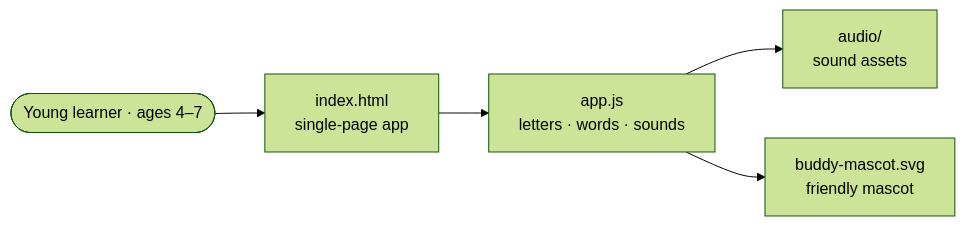
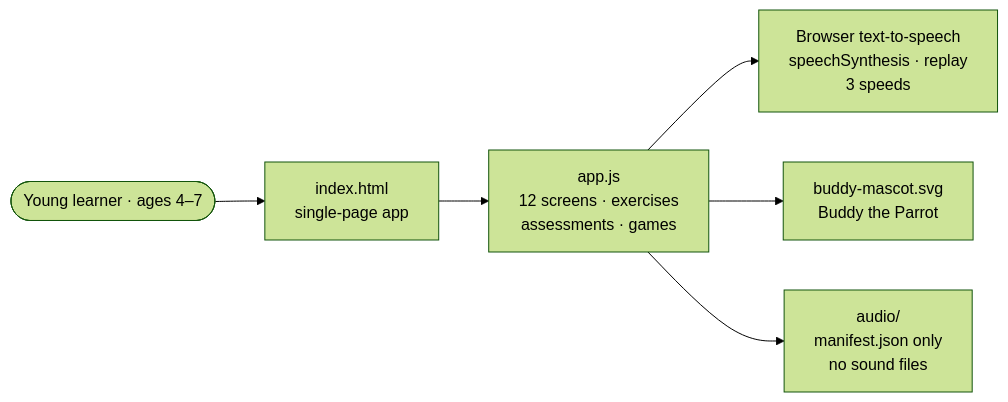
One commit to thiteswapnil1212-hue/English-learning-app changed the diagram in README.md. Above: the diagram before and after it, drawn with Mermaid (forest theme). The commit also changed other lines of this file, not shown here.

Commit message:
Docs: README with real lesson detail, TTS flow and honest limits

````diff
--- a/README.md
+++ b/README.md
@@ -21,7 +63,8 @@
 ```mermaid
 flowchart LR
     Kid([Young learner · ages 4–7]) --> App["index.html<br/>single-page app"]
-    App --> Logic["app.js<br/>letters · words · sounds"]
-    Logic --> Audio["audio/<br/>sound assets"]
-    Logic --> Mascot["buddy-mascot.svg<br/>friendly mascot"]
+    App --> Logic["app.js<br/>12 screens · exercises<br/>assessments · games"]
+    Logic --> TTS["Browser text-to-speech<br/>speechSynthesis · replay<br/>3 speeds"]
+    Logic --> Mascot["buddy-mascot.svg<br/>Buddy the Parrot"]
+    Logic --> Audio["audio/<br/>manifest.json only<br/>no sound files"]
 ```
````
